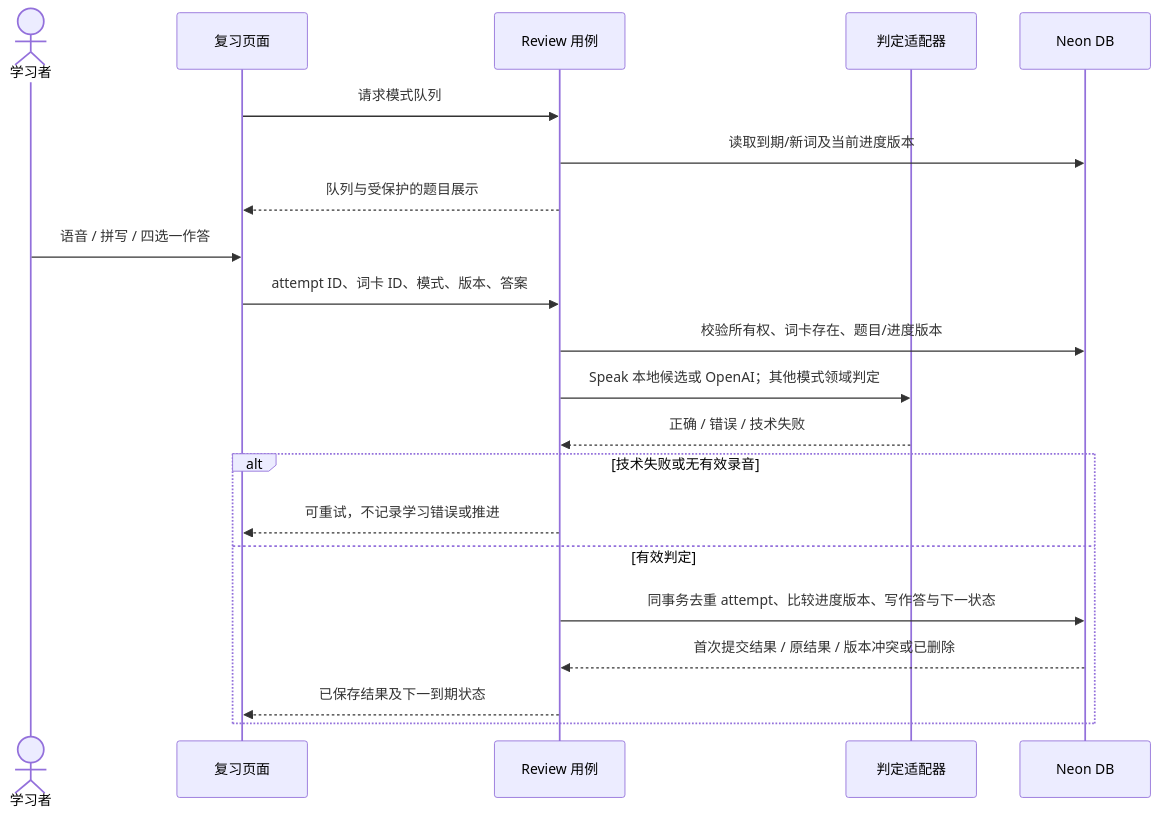
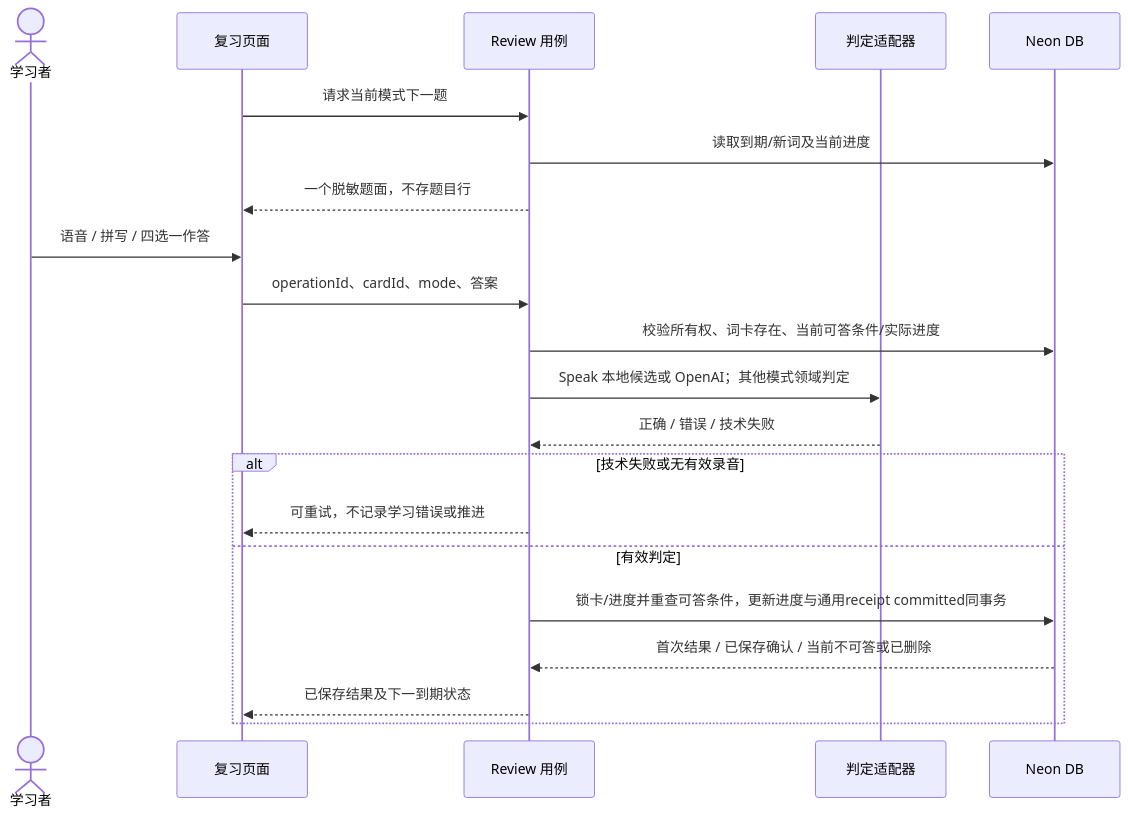
One commit to juanchaopan/lingocurrent changed the fifth of 6 diagrams in docs/architecture/overview.md. Above: the diagram before and after it, drawn with Mermaid. The commit also changed other lines of this file and 44 other files, not shown here.

````diff
--- a/docs/architecture/overview.md
+++ b/docs/architecture/overview.md
@@ -167,23 +175,23 @@
 ```mermaid
 sequenceDiagram
   actor U as 学习者
   participant W as 复习页面
   participant A as Review 用例
   participant I as 判定适配器
   participant D as Neon DB
-  W->>A: 请求模式队列
-  A->>D: 读取到期/新词及当前进度版本
-  A-->>W: 队列与受保护的题目展示
+  W->>A: 请求当前模式下一题
+  A->>D: 读取到期/新词及当前进度
+  A-->>W: 一个脱敏题面，不存题目行
   U->>W: 语音 / 拼写 / 四选一作答
-  W->>A: attempt ID、词卡 ID、模式、版本、答案
-  A->>D: 校验所有权、词卡存在、题目/进度版本
+  W->>A: operationId、cardId、mode、答案
+  A->>D: 校验所有权、词卡存在、当前可答条件/实际进度
   A->>I: Speak 本地候选或 OpenAI；其他模式领域判定
   I-->>A: 正确 / 错误 / 技术失败
   alt 技术失败或无有效录音
     A-->>W: 可重试，不记录学习错误或推进
   else 有效判定
-    A->>D: 同事务去重 attempt、比较进度版本、写作答与下一状态
-    D-->>A: 首次提交结果 / 原结果 / 版本冲突或已删除
+    A->>D: 锁卡/进度并重查可答条件，更新进度与通用receipt committed同事务
+    D-->>A: 首次结果 / 已保存确认 / 当前不可答或已删除
     A-->>W: 已保存结果及下一到期状态
   end
 ```
````
